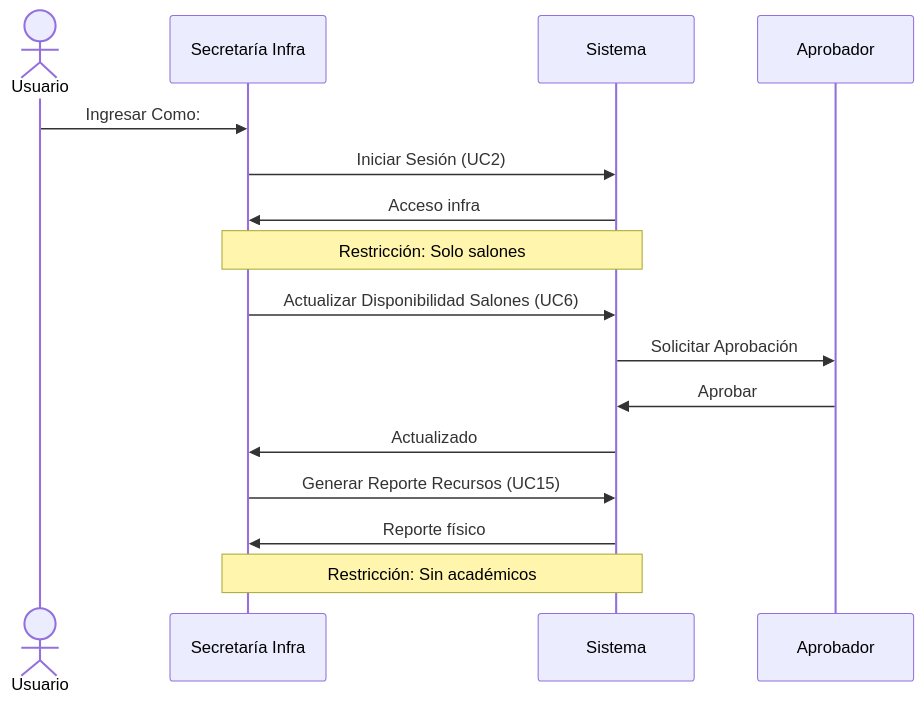
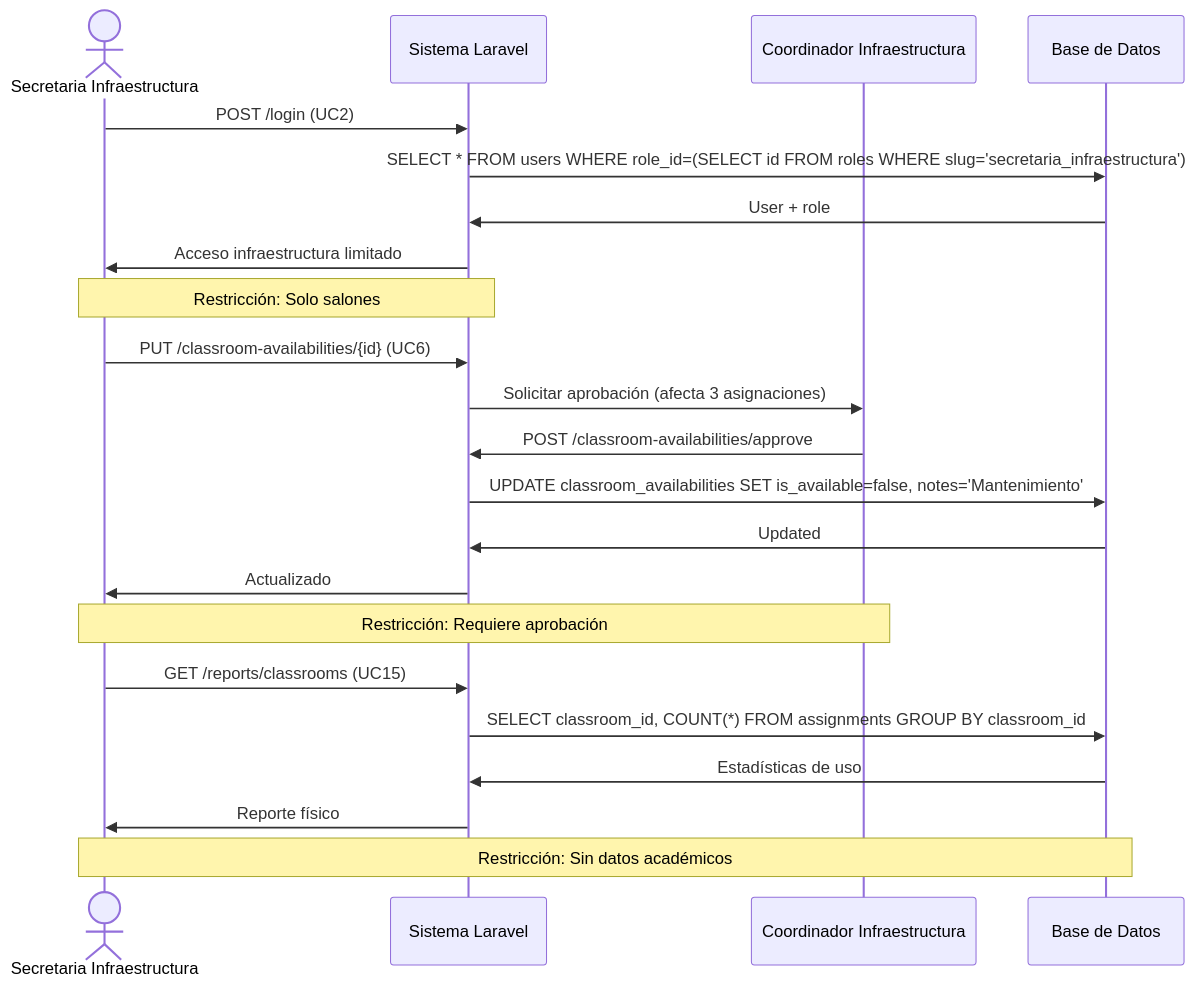
Before and after one commit to LuisCPedraza/sistema-asignacion-salones: the sixth of 8 diagrams in documentation/DiagramaSecuenciaCasosDeUso.md, drawn with Mermaid. The commit also changed other lines of this file and 9 other files, not shown here.

First line of the commit message:
Release v2.0.0: Sistema de Asignación de Salones - Documentación Completa Actualizada (#119)

````diff
--- a/documentation/DiagramaSecuenciaCasosDeUso.md
+++ b/documentation/DiagramaSecuenciaCasosDeUso.md
@@ -128,21 +270,27 @@
 ```mermaid
 sequenceDiagram
-actor Usuario
-Usuario->>SI: Ingresar Como:
-    participant SI as Secretaría Infra
-    participant Sys as Sistema
-    participant A as Aprobador
+    actor SecInfra as Secretaria Infraestructura
+    participant Sys as Sistema Laravel
+    participant Aprobador as Coordinador Infraestructura
+    participant DB as Base de Datos
 
-    SI->>Sys: Iniciar Sesión (UC2)
-    Sys->>SI: Acceso infra
-    Note over SI,Sys: Restricción: Solo salones
+    SecInfra->>Sys: POST /login (UC2)
+    Sys->>DB: SELECT * FROM users WHERE role_id=(SELECT id FROM roles WHERE slug='secretaria_infraestructura')
+    DB->>Sys: User + role
+    Sys->>SecInfra: Acceso infraestructura limitado
+    Note over SecInfra,Sys: Restricción: Solo salones
 
-    SI->>Sys: Actualizar Disponibilidad Salones (UC6)
-    Sys->>A: Solicitar Aprobación
-    A->>Sys: Aprobar
-    Sys->>SI: Actualizado
+    SecInfra->>Sys: PUT /classroom-availabilities/{id} (UC6)
+    Sys->>Aprobador: Solicitar aprobación (afecta 3 asignaciones)
+    Aprobador->>Sys: POST /classroom-availabilities/approve
+    Sys->>DB: UPDATE classroom_availabilities SET is_available=false, notes='Mantenimiento'
+    DB->>Sys: Updated
+    Sys->>SecInfra: Actualizado
+    Note over SecInfra,Aprobador: Restricción: Requiere aprobación
 
-    SI->>Sys: Generar Reporte Recursos (UC15)
-    Sys->>SI: Reporte físico
-    Note over SI,Sys: Restricción: Sin académicos
+    SecInfra->>Sys: GET /reports/classrooms (UC15)
+    Sys->>DB: SELECT classroom_id, COUNT(*) FROM assignments GROUP BY classroom_id
+    DB->>Sys: Estadísticas de uso
+    Sys->>SecInfra: Reporte físico
+    Note over SecInfra,DB: Restricción: Sin datos académicos
 ```
````
